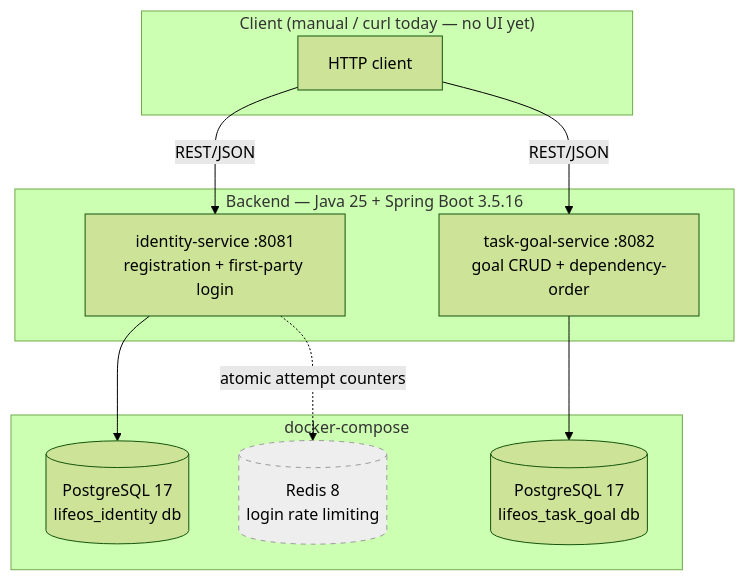
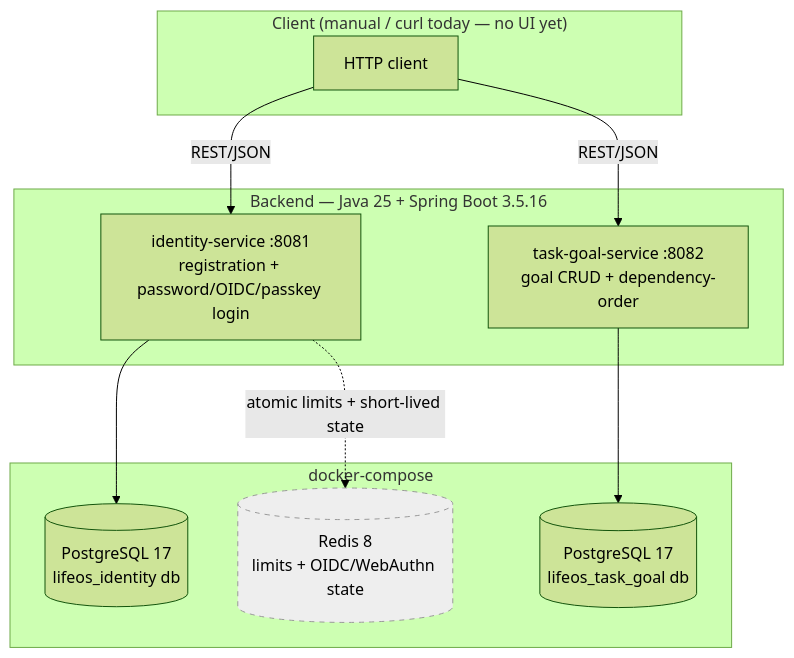
Before and after one commit to tdespenza/lifeos: the diagram in docs/diagrams/current-architecture.md, drawn with Mermaid (forest theme). The commit also changed other lines of this file and 32 other files, not shown here.

First line of the commit message:
Implement Story 1.4 passkey/WebAuthn login (#240)

````diff
--- a/docs/diagrams/current-architecture.md
+++ b/docs/diagrams/current-architecture.md
@@ -5,25 +5,25 @@
 ```mermaid
 graph TD
     subgraph Client["Client (manual / curl today — no UI yet)"]
         C[HTTP client]
     end
 
     subgraph Services["Backend — Java 25 + Spring Boot 3.5.16"]
-        I["identity-service :8081<br/>registration + first-party login"]
+        I["identity-service :8081<br/>registration + password/OIDC/passkey login"]
         T["task-goal-service :8082<br/>goal CRUD + dependency-order"]
     end
 
     subgraph Data["docker-compose"]
         PG[("PostgreSQL 17<br/>lifeos_identity db")]
         PG2[("PostgreSQL 17<br/>lifeos_task_goal db")]
-        R[("Redis 8<br/>login rate limiting")]
+        R[("Redis 8<br/>limits + OIDC/WebAuthn state")]
     end
 
     C -->|REST/JSON| I
     C -->|REST/JSON| T
     I --> PG
-    I -.->|atomic attempt counters| R
+    I -.->|atomic limits + short-lived state| R
     T --> PG2
 
     style R fill:#eee,stroke:#999,stroke-dasharray: 5 5
 ```
````
